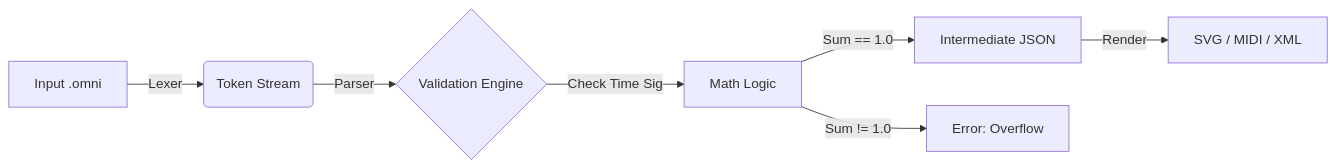
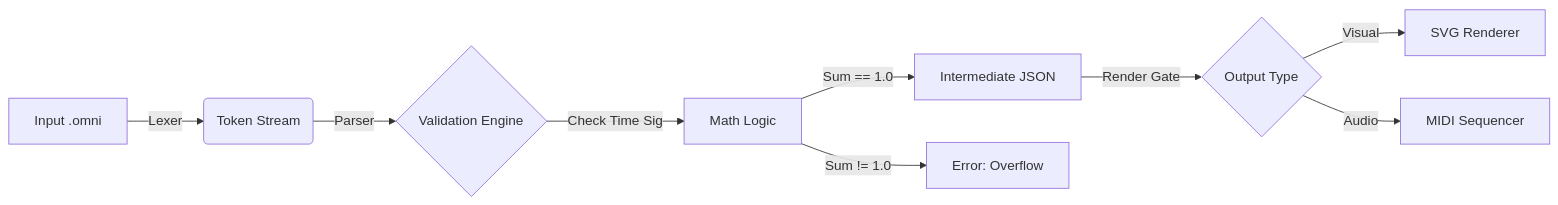
One commit to alec-borman/OmniScoreNotationLanguage changed the second of 3 diagrams in Readme.md. Above: the diagram before and after it, drawn with Mermaid. The commit also changed other lines of this file, not shown here.

````diff
--- a/Readme.md
+++ b/Readme.md
@@ -220,11 +60,13 @@
 ```mermaid
 flowchart LR
     A[Input .omni] -->|Lexer| B(Token Stream)
     B -->|Parser| C{Validation Engine}
     
     C --Check Time Sig--> D[Math Logic]
     D --"Sum == 1.0"--> E[Intermediate JSON]
     D --"Sum != 1.0"--> X[Error: Overflow]
     
-    E -->|Render| F[SVG / MIDI / XML]
+    E -->|Render Gate| F{Output Type}
+    F -->|Visual| G[SVG Renderer]
+    F -->|Audio| H[MIDI Sequencer]
 ```
````
